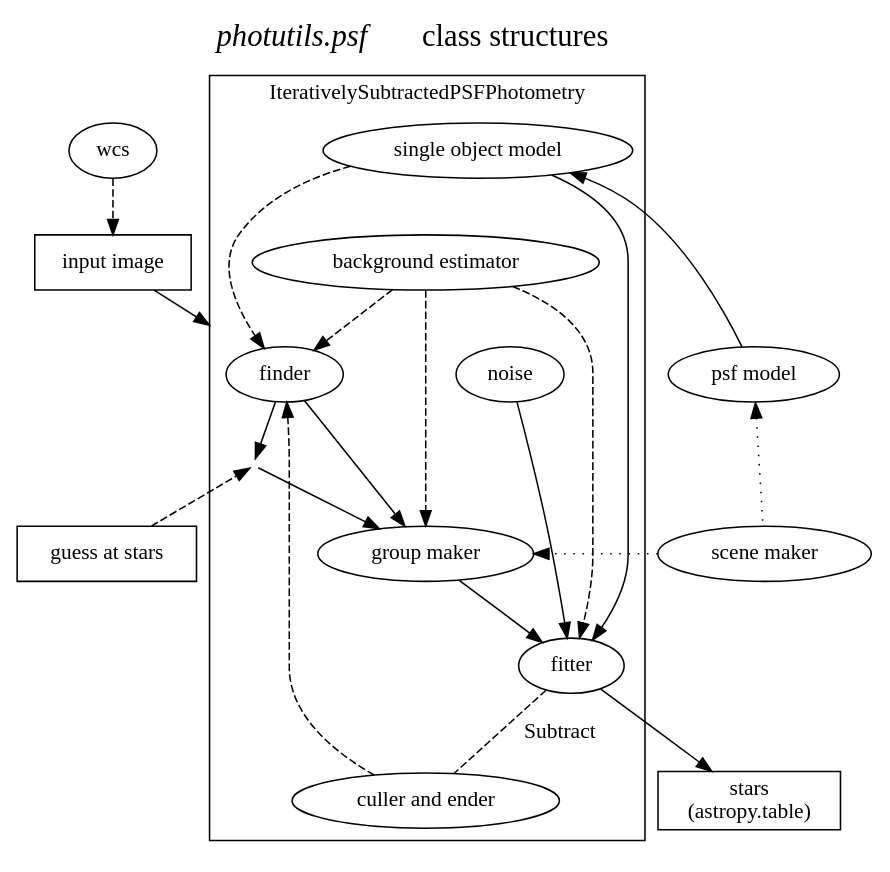
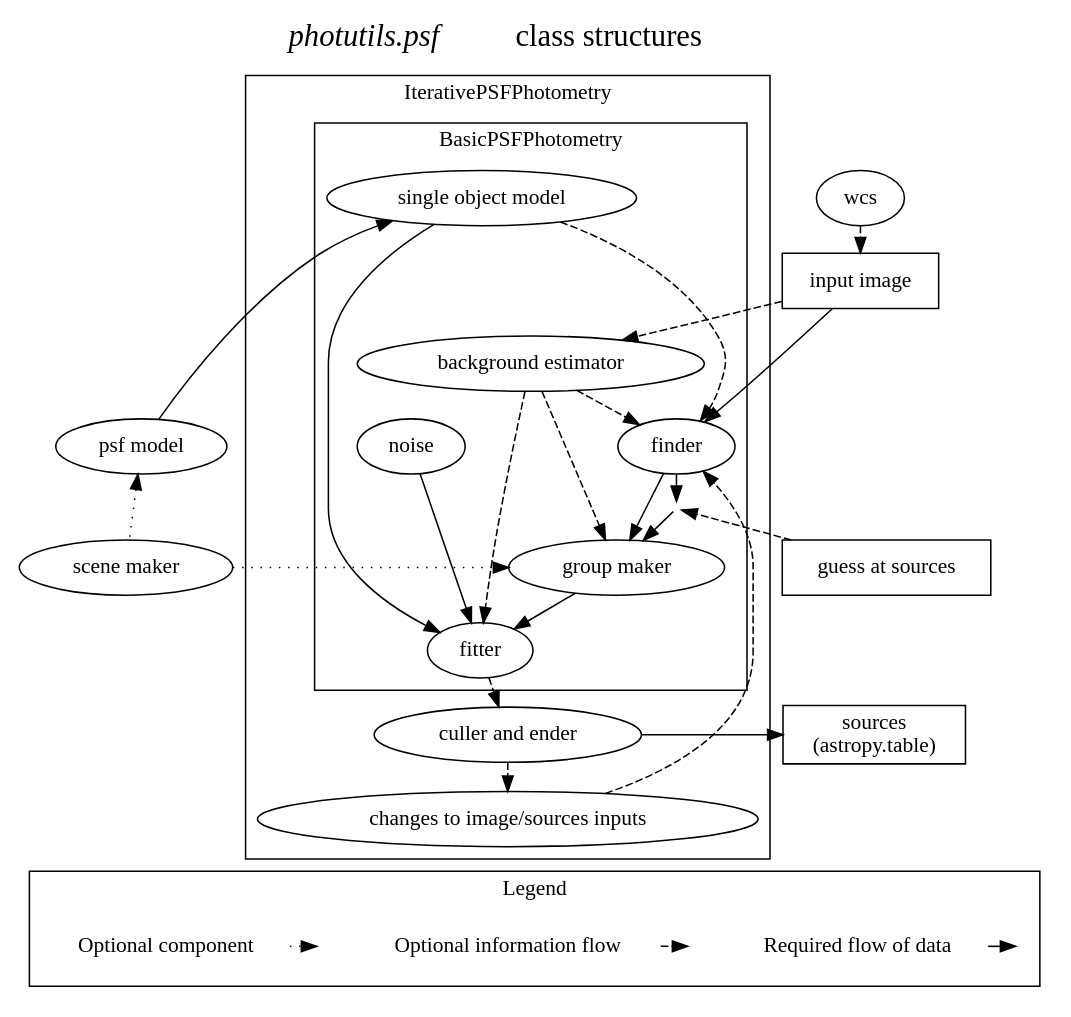
One commit to astropy/photutils changed the diagram in docs/psf_spec/high_level_overview.rst. Above: the diagram before and after it, drawn with Graphviz. The commit also changed other lines of this file and 1 other file, not shown here.

```diff
--- a/docs/psf_spec/high_level_overview.rst
+++ b/docs/psf_spec/high_level_overview.rst
@@ -33,31 +36,36 @@
         compound = true;
         newrank = true;
         subgraph cluster0 {
-            label="IterativelySubtractedPSFPhotometry"
-            f [label = "finder"];
-            g [label = "group maker"];
-            som [label = "single object model"];
-            n [label = "noise"];
-            ft [label = "fitter"];
-            b [label = "background estimator"];
+            label="IterativePSFPhotometry"
+            subgraph cluster2 {
+                label="BasicPSFPhotometry"
+                f [label = "finder"];
+                g [label = "group maker"];
+                som [label = "single object model"];
+                n [label = "noise"];
+                ft [label = "fitter"];
+                b [label = "background estimator"];
+                // required to allow finder and guess to combine into group maker
+                invis [shape = circle, width = .1, fixedsize = true, style = invis];
+            }
             c [label = "culler and ender"];
-            // required to allow finder and guess to combine into group maker
-            invis [shape = circle, width = .1, fixedsize = true, style = invis];
+            im2 [label = "changes to image/sources inputs"];
         }
 
         w [label = "wcs"];
         i [label = "input image", shape = box];
-        gs [label = "guess at stars", shape = box];
+        gs [label = "guess at sources", shape = box];
         p [label = "psf model"];
         sm [label = "scene maker"];
-        st [label = "stars\n(astropy.table)", shape = box];
+        st [label = "sources\n(astropy.table)", shape = box];
 
-        label = <<FONT POINT-SIZE = "20"><I>photutils.psf </I>class structures</FONT>>;
+        label = <<FONT POINT-SIZE = "20"><I>photutils.psf</I>     class structures</FONT>>;
         labelloc = top;
 
         w -> i [style = dashed];
-        // lhead sets the arrow end at the subgraph, rather than at finder itself
-        i -> f [lhead = cluster0];
+        // lhead = cluster0 sets the arrow end at the subgraph, rather than at finder itself
+        i -> f;
+        i -> b [style = dashed];
         gs -> invis [style = dashed];
 
         f -> g;
@@ -70,14 +78,15 @@
         b -> f [style = dashed];
         b -> g [style = dashed];
         b -> ft [style = dashed];
-        ft -> c [style = dashed, label = "Subtract", dir = none];
-        c -> f [style = dashed];
+        ft -> c [style = dashed];
+        c -> im2 [style = dashed];
+        im2 -> f [style = dashed];
 
         i -> gs [style = invis];
         
         p -> som;
         sm -> g [style = dotted];
-        ft -> st;
+        c -> st;
         // reverse arrow to put psf model above scene maker, saving space with scene
         // maker next to the middle of the main box
         p -> sm [style = dotted, dir = back];
@@ -87,4 +96,23 @@
         {rank = same; w; som;}
         {rank = same; p; f; n;}
         {rank = same; gs; g; sm;}
+        {rank = same; c; st}
+
+        subgraph cluster1 {
+            ranksep=0
+            label="Legend";
+            solid [label = "Required flow of data", shape=plaintext];
+            dashed [label = "Optional information flow", shape=plaintext];
+            dotted [label = "Optional component", shape=plaintext];
+            invis_1 [width = .1, fixedsize = true, style = invis];
+            invis_2 [width = .1, fixedsize = true, style = invis];
+            invis_3 [width = .1, fixedsize = true, style = invis];
+
+        }
+        solid -> invis_1 [style = solid];
+        dashed -> invis_2 [style = dashed];
+        dotted -> invis_3 [style = dotted];
+        {rank = same; solid; invis_1; dashed; invis_2; dotted; invis_3;}
+
+        im2 -> dashed [style = invis]
     }
```
